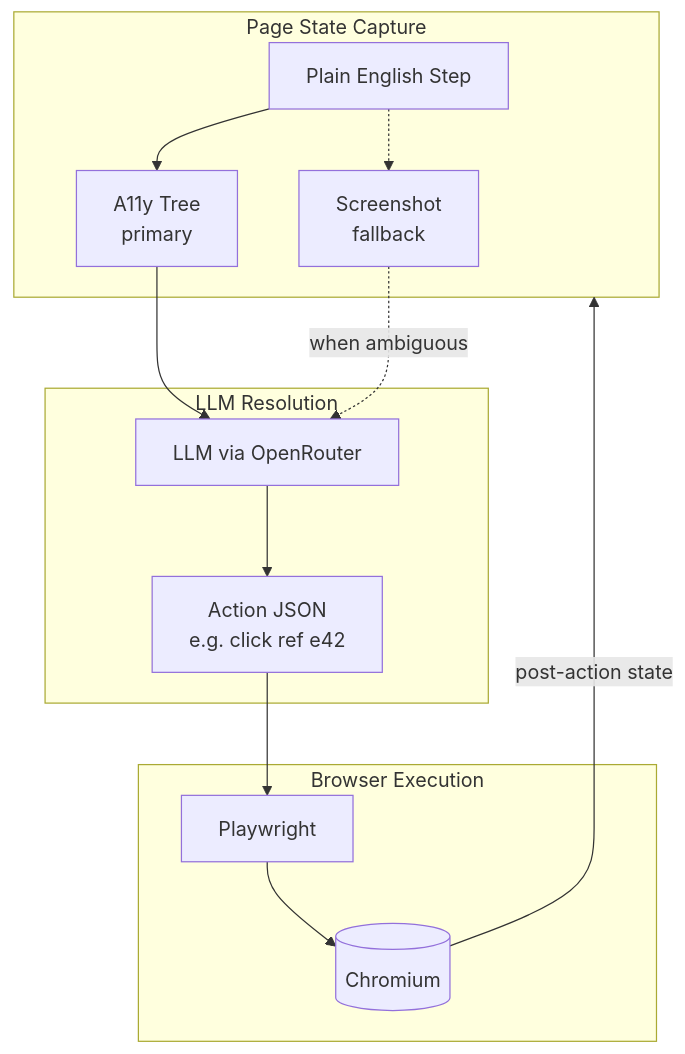
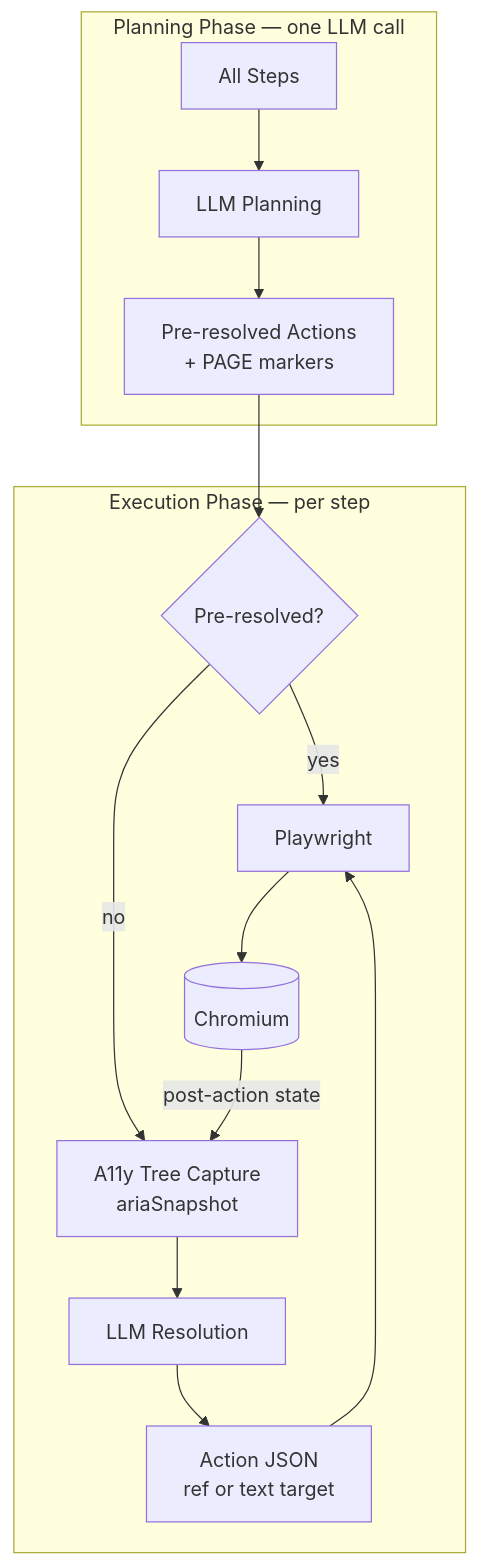
Before and after one commit to eidra-umain/GreenLight: the first of 2 diagrams in docs/specifications.md, drawn with Mermaid. The commit also changed other lines of this file and 4 other files, not shown here.

````diff
--- a/docs/specifications.md
+++ b/docs/specifications.md
@@ -341,27 +501,28 @@
 ```mermaid
 flowchart TD
-    subgraph capture[Page State Capture]
-        step[Plain English Step]
-        a11y[A11y Tree<br/>primary]
-        screenshot[Screenshot<br/>fallback]
+    subgraph plan[Planning Phase — one LLM call]
+        allSteps[All Steps]
+        planLLM[LLM Planning]
+        planned[Pre-resolved Actions<br/>+ PAGE markers]
     end
 
-    subgraph resolve[LLM Resolution]
-        llm[LLM via OpenRouter]
-        action[Action JSON<br/>e.g. click ref e42]
-    end
-
-    subgraph execute[Browser Execution]
+    subgraph execute[Execution Phase — per step]
+        preResolved{Pre-resolved?}
+        a11y[A11y Tree Capture<br/>ariaSnapshot]
+        llm[LLM Resolution]
+        action[Action JSON<br/>ref or text target]
         playwright[Playwright]
         browser[(Chromium)]
     end
 
-    step --> a11y
-    step -.-> screenshot
+    allSteps --> planLLM
+    planLLM --> planned
+    planned --> preResolved
+    preResolved -->|yes| playwright
+    preResolved -->|no| a11y
     a11y --> llm
-    screenshot -.->|when ambiguous| llm
     llm --> action
     action --> playwright
     playwright --> browser
-    browser -->|post-action state| capture
+    browser -->|post-action state| a11y
 ```
````
